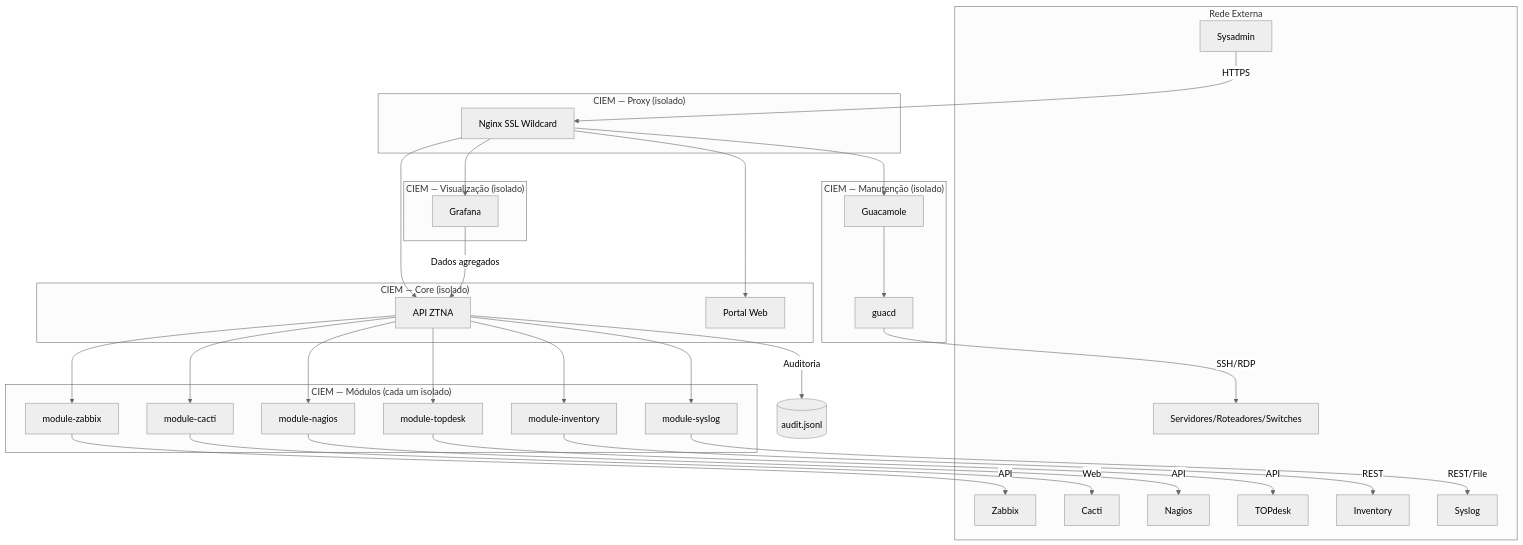
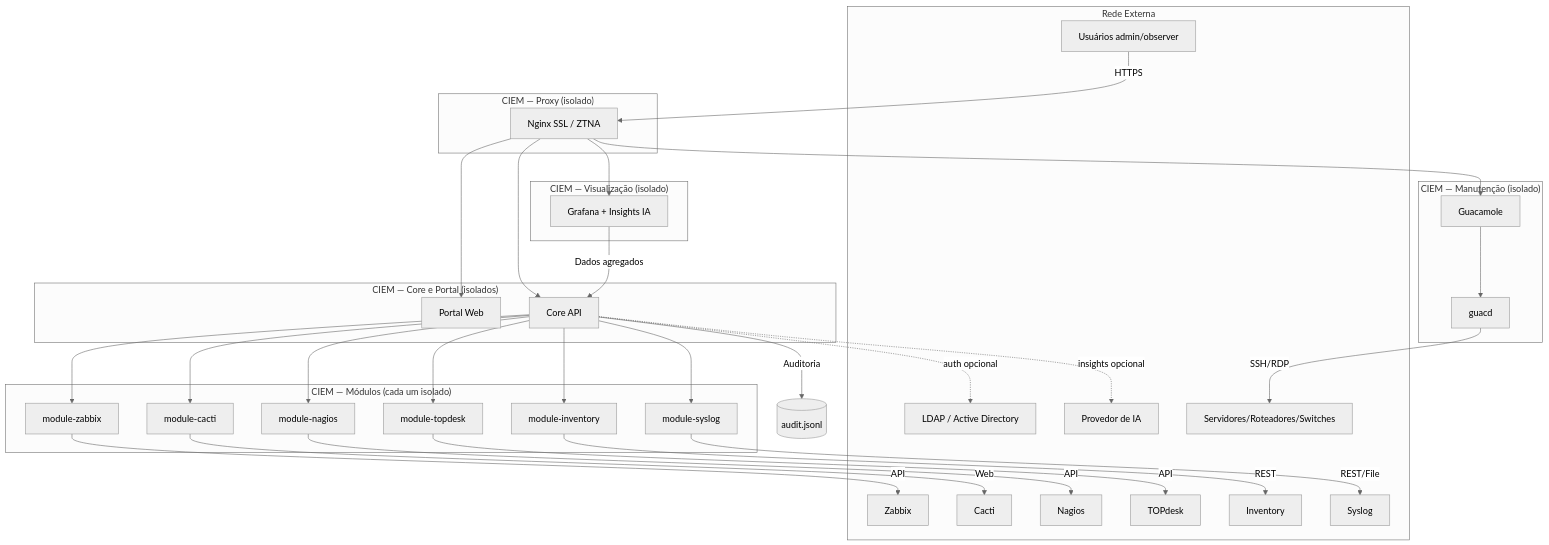
The diagram in docs/ARCHITECTURE.md (avilarezende/ciem), drawn with Mermaid (neutral theme) before and after one commit. The commit also changed other lines of this file and 2 other files, not shown here.

First line of the commit message:
docs: atualiza diagrama de arquitetura com Portal, LDAP e IA

````diff
--- a/docs/ARCHITECTURE.md
+++ b/docs/ARCHITECTURE.md
@@ -24,59 +27,63 @@
 ```mermaid
 graph TB
     subgraph "Rede Externa"
-        ADMIN[Sysadmin]
+        ADMIN[Usuários admin/observer]
+        LDAP[LDAP / Active Directory]
+        AI[Provedor de IA]
         EXT_ZBX[Zabbix]
         EXT_CAC[Cacti]
         EXT_NAG[Nagios]
         EXT_TD[TOPdesk]
         EXT_INV[Inventory]
         EXT_SYS[Syslog]
         TARGETS[Servidores/Roteadores/Switches]
     end
 
     subgraph "CIEM — Proxy (isolado)"
-        PROXY[Nginx SSL Wildcard]
+        PROXY[Nginx SSL / ZTNA]
     end
 
-    subgraph "CIEM — Core (isolado)"
-        CORE[API ZTNA]
+    subgraph "CIEM — Core e Portal (isolados)"
         PORTAL[Portal Web]
+        CORE[Core API]
     end
 
     subgraph "CIEM — Visualização (isolado)"
-        GRAF[Grafana]
+        GRAF[Grafana + Insights IA]
     end
 
     subgraph "CIEM — Manutenção (isolado)"
         GUAC[Guacamole]
         GUACD[guacd]
     end
 
     subgraph "CIEM — Módulos (cada um isolado)"
         MOD_ZBX[module-zabbix]
         MOD_CAC[module-cacti]
         MOD_NAG[module-nagios]
         MOD_TD[module-topdesk]
         MOD_INV[module-inventory]
         MOD_SYS[module-syslog]
     end
 
     ADMIN -->|HTTPS| PROXY
     PROXY --> PORTAL
     PROXY --> CORE
     PROXY --> GRAF
     PROXY --> GUAC
 
     CORE --> MOD_ZBX & MOD_CAC & MOD_NAG & MOD_TD & MOD_INV & MOD_SYS
+    CORE -.->|auth opcional| LDAP
+    CORE -.->|insights opcional| AI
     MOD_ZBX -->|API| EXT_ZBX
     MOD_CAC -->|Web| EXT_CAC
     MOD_NAG -->|API| EXT_NAG
     MOD_TD -->|API| EXT_TD
     MOD_INV -->|REST| EXT_INV
     MOD_SYS -->|REST/File| EXT_SYS
 
     GRAF -->|Dados agregados| CORE
     GUAC --> GUACD
     GUACD -->|SSH/RDP| TARGETS
     CORE -->|Auditoria| AUDIT[(audit.jsonl)]
 ```
````
